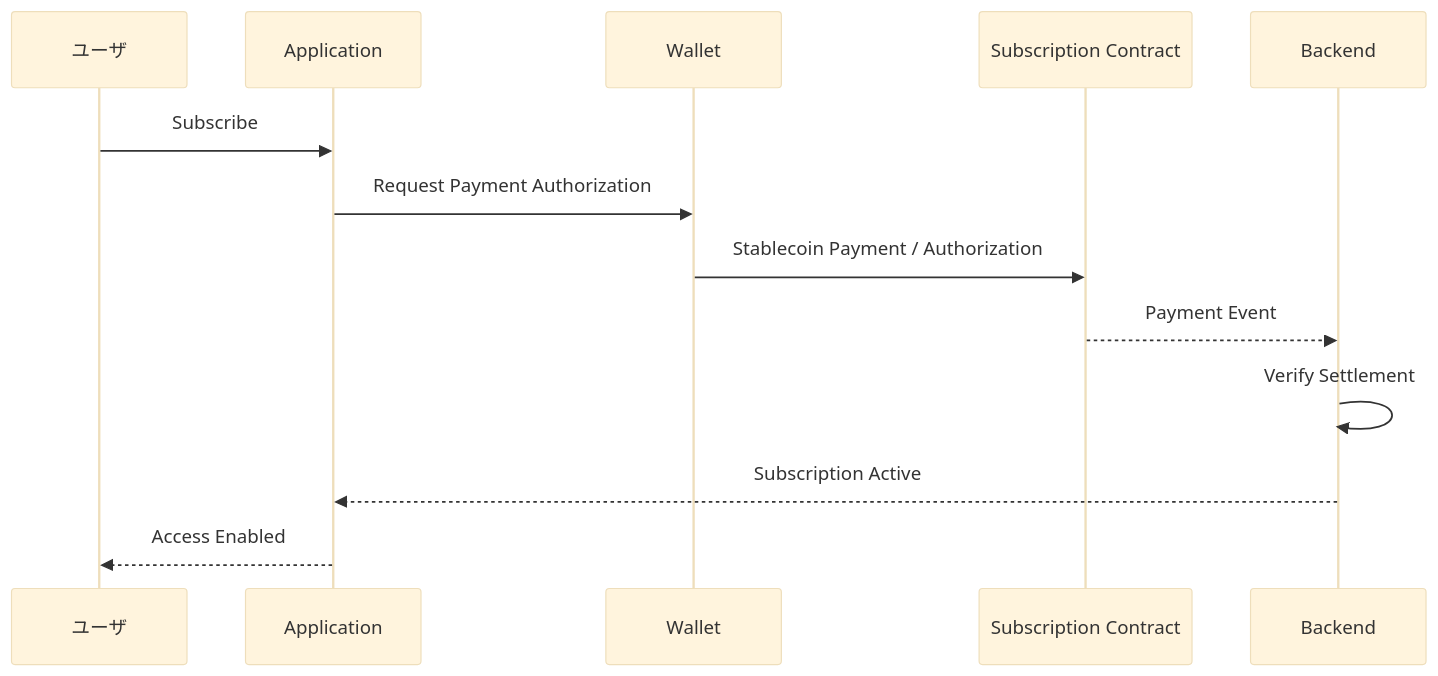
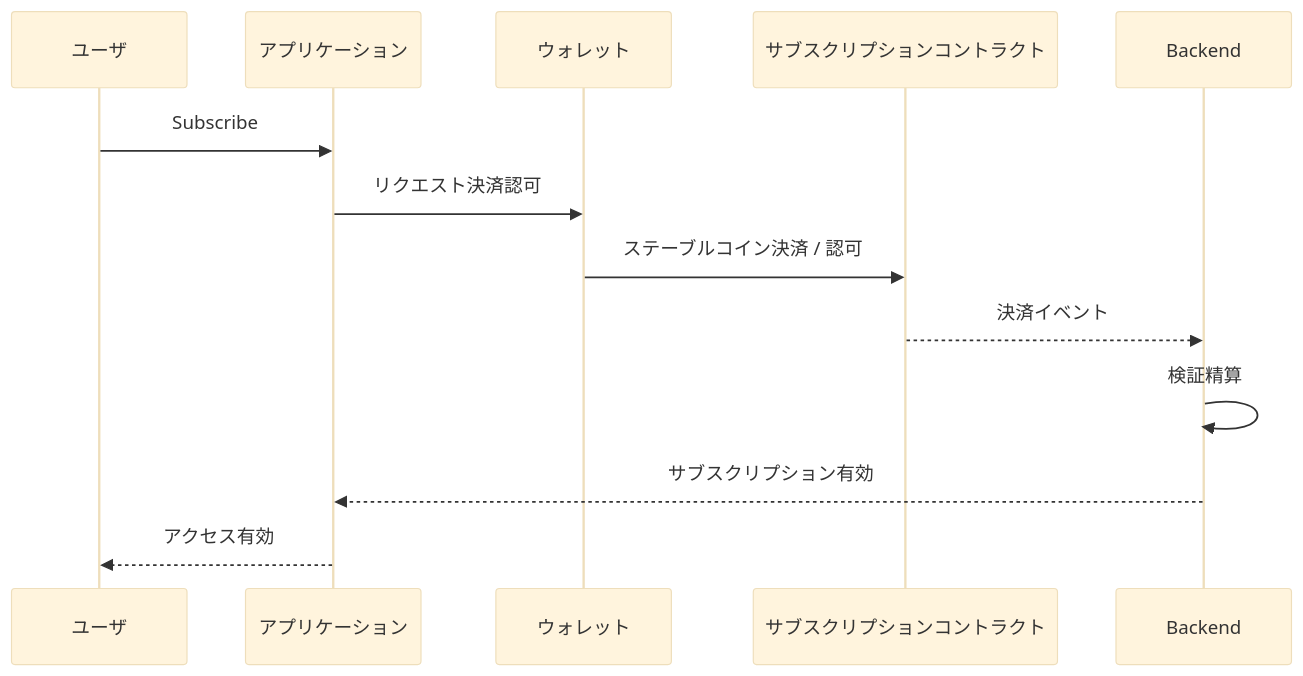
One commit to ShigeichiroYamasaki/creator-first-platform changed the fourth of 4 diagrams in docs/adr/ADR-0008-account-wallet-identity-strategy.md. Above: the diagram before and after it, drawn with Mermaid (base theme). The commit also changed other lines of this file and 72 other files, not shown here.

````diff
--- a/docs/adr/ADR-0008-account-wallet-identity-strategy.md
+++ b/docs/adr/ADR-0008-account-wallet-identity-strategy.md
@@ -961,16 +961,16 @@
 ```mermaid
 sequenceDiagram
     participant U as ユーザ
-    participant A as Application
-    participant W as Wallet
-    participant C as Subscription Contract
+    participant A as アプリケーション
+    participant W as ウォレット
+    participant C as サブスクリプションコントラクト
     participant B as Backend
 
     U->>A: Subscribe
-    A->>W: Request Payment Authorization
-    W->>C: Stablecoin Payment / Authorization
-    C-->>B: Payment Event
-    B->>B: Verify Settlement
-    B-->>A: Subscription Active
-    A-->>U: Access Enabled
+    A->>W: リクエスト決済認可
+    W->>C: ステーブルコイン決済 / 認可
+    C-->>B: 決済イベント
+    B->>B: 検証精算
+    B-->>A: サブスクリプション有効
+    A-->>U: アクセス有効
 ```
````
